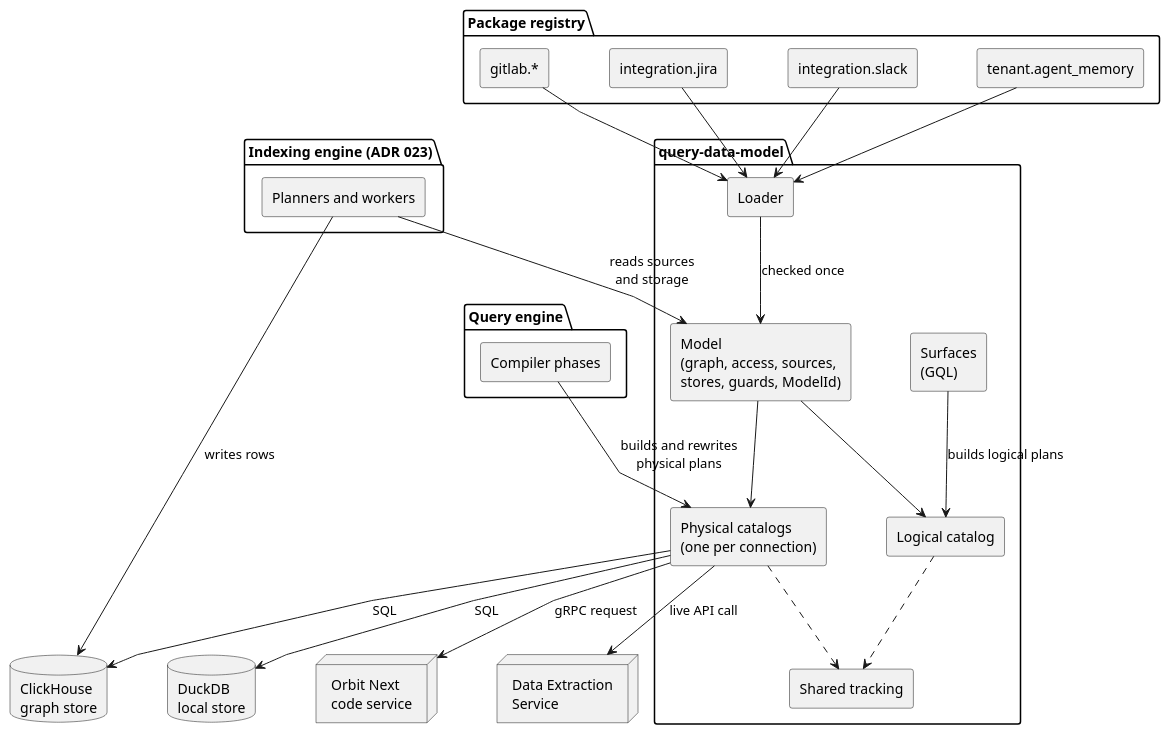
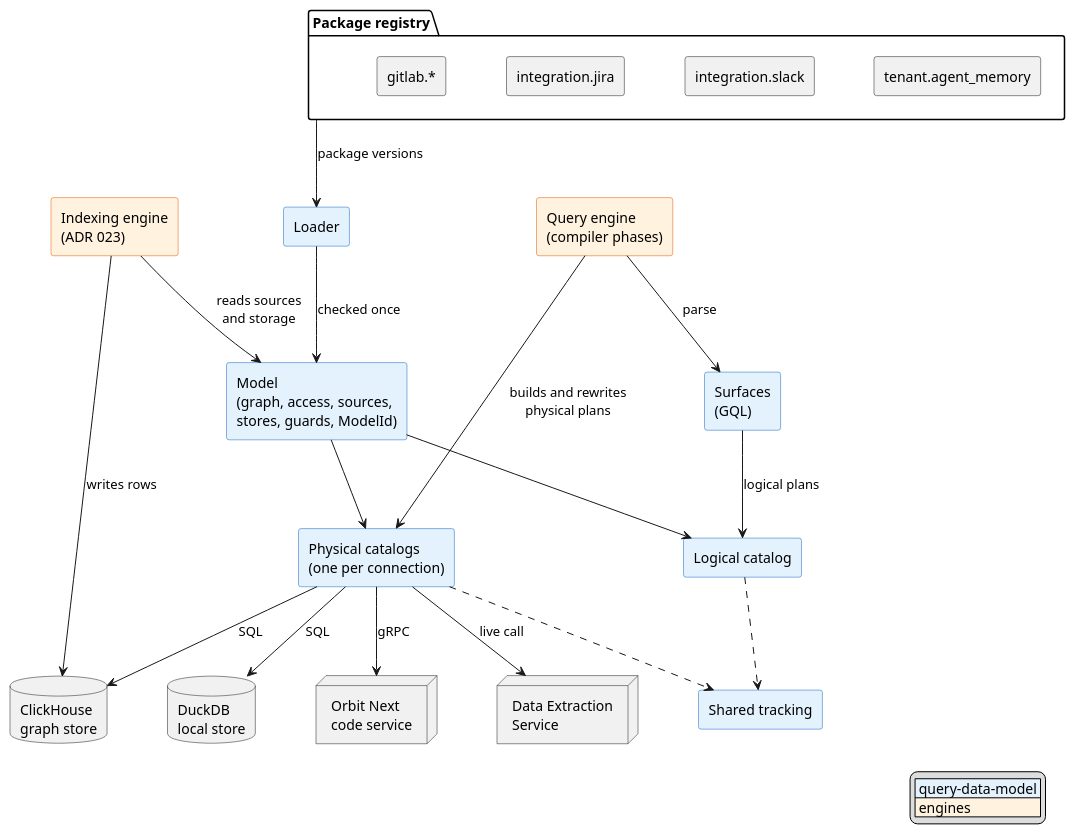
The first of 7 diagrams in docs/pages/engineering/adr/024_pluggable_data_model.md (gitlabhq/orbit-knowledge-graph), drawn with PlantUML before and after one commit. The commit also changed other lines of this file, not shown here.

Commit message:
docs(adr): stop ADR 024 diagram edges from crossing package borders

````diff
--- a/docs/pages/engineering/adr/024_pluggable_data_model.md
+++ b/docs/pages/engineering/adr/024_pluggable_data_model.md
@@ -61,57 +61,63 @@
 ```plantuml
 @startuml
 set separator none
+skinparam shadowing false
 skinparam componentStyle rectangle
-skinparam shadowing false
 skinparam nodesep 60
 skinparam ranksep 70
-skinparam linetype polyline
+skinparam component {
+  BackgroundColor<<qdm>> #E3F2FD
+  BorderColor<<qdm>> #1565C0
+  BackgroundColor<<engine>> #FFF3E0
+  BorderColor<<engine>> #E65100
+}
+hide stereotype
 
-package "Package registry" {
+package "Package registry" as REG {
   [gitlab.*] as P1
   [integration.jira] as P2
   [integration.slack] as P3
   [tenant.agent_memory] as P4
 }
 
-package "query-data-model" {
-  [Loader] as L
-  [Model\n(graph, access, sources,\nstores, guards, ModelId)] as M
-  [Physical catalogs\n(one per connection)] as PC
-  [Logical catalog] as LC
-  [Surfaces\n(GQL)] as S
-  [Shared tracking] as T
-}
+[Loader] <<qdm>> as L
+[Model\n(graph, access, sources,\nstores, guards, ModelId)] <<qdm>> as M
+[Surfaces\n(GQL)] <<qdm>> as S
+[Logical catalog] <<qdm>> as LC
+[Physical catalogs\n(one per connection)] <<qdm>> as PC
+[Shared tracking] <<qdm>> as T
 
-package "Query engine" {
-  [Compiler phases] as E
-}
-
-package "Indexing engine (ADR 023)" {
-  [Planners and workers] as IX
-}
+[Query engine\n(compiler phases)] <<engine>> as E
+[Indexing engine\n(ADR 023)] <<engine>> as IX
 
 database "ClickHouse\ngraph store" as CH
 database "DuckDB\nlocal store" as DD
 node "Orbit Next\ncode service" as ON
 node "Data Extraction\nService" as DES
 
-P1 --> L
-P2 --> L
-P3 --> L
-P4 --> L
+P1 -[hidden]right- P2
+P2 -[hidden]right- P3
+P3 -[hidden]right- P4
+
+REG --> L : package versions
 L --> M : checked once
 M --> LC
 M --> PC
-S --> LC : builds logical plans
-E -down-> PC : builds and rewrites\nphysical plans
+E --> S : parse
+S --> LC : logical plans
+E --> PC : builds and rewrites\nphysical plans
+IX --> M : reads sources\nand storage
 LC ..> T
 PC ..> T
 PC --> CH : SQL
 PC --> DD : SQL
-PC --> ON : gRPC request
-PC --> DES : live API call
-IX --> M : reads sources\nand storage
+PC --> ON : gRPC
+PC --> DES : live call
 IX --> CH : writes rows
+
+legend right
+  |<#E3F2FD> query-data-model |
+  |<#FFF3E0> engines |
+endlegend
 @enduml
 ```
````
